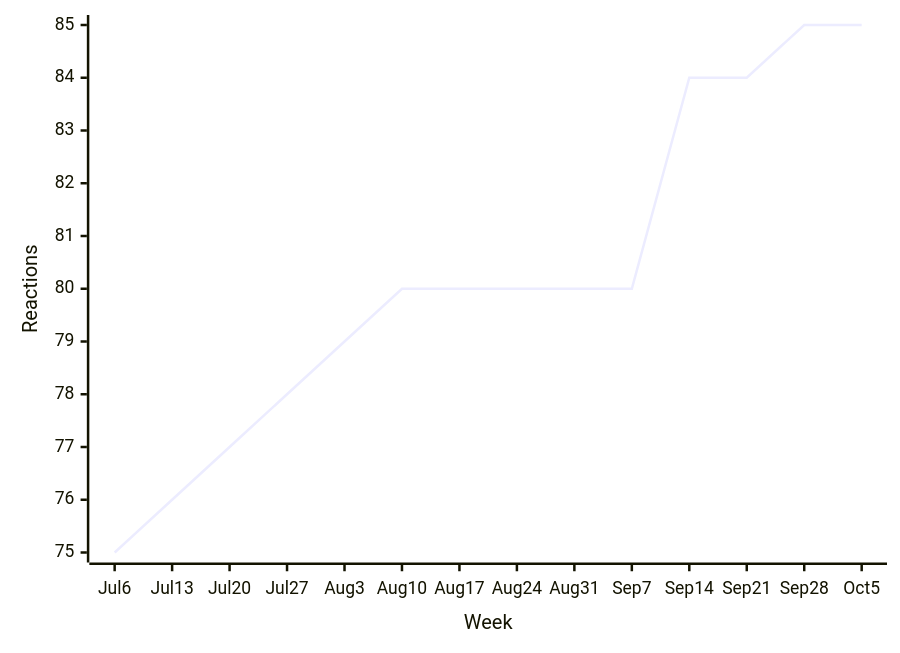
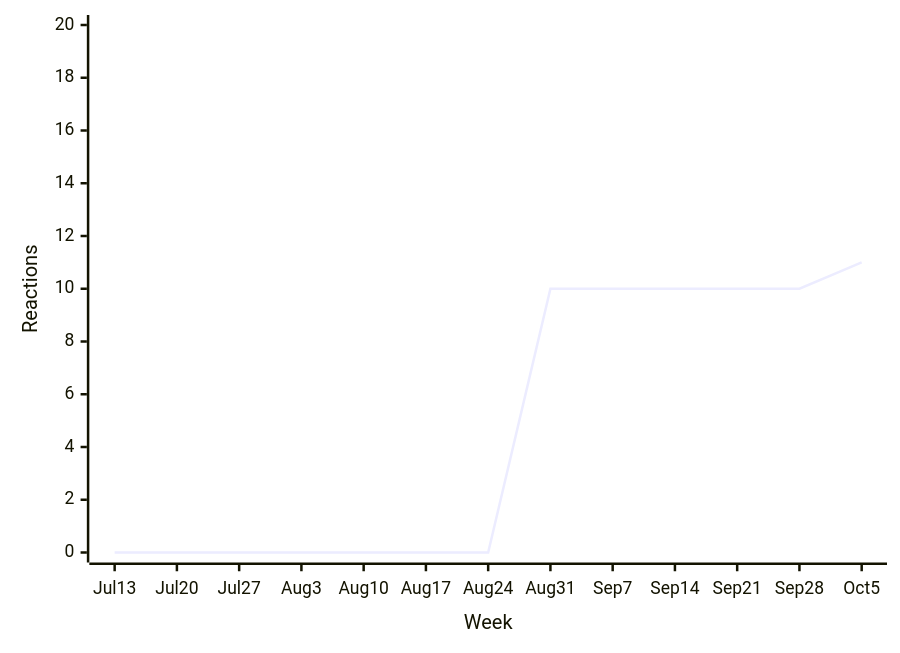
Diagram 12 of 34 in README.md (loic-sharma/github-insights), drawn with Mermaid before and after one commit. The commit also changed other lines of this file and 3 other files, not shown here.

````diff
--- a/README.md
+++ b/README.md
@@ -511,6 +511,6 @@
   ```mermaid
   xychart-beta
-    x-axis "Week" [Jul 6, Jul 13, Jul 20, Jul 27, Aug 3, Aug 10, Aug 17, Aug 24, Aug 31, Sep 7, Sep 14, Sep 21, Sep 28, Oct 5]
-    y-axis "Reactions"
-    line [75, 76, 77, 78, 79, 80, 80, 80, 80, 80, 84, 84, 85, 85]
+    x-axis "Week" [Jul 13, Jul 20, Jul 27, Aug 3, Aug 10, Aug 17, Aug 24, Aug 31, Sep 7, Sep 14, Sep 21, Sep 28, Oct 5]
+    y-axis "Reactions" 0 --> 20
+    line [0, 0, 0, 0, 0, 0, 0, 10, 10, 10, 10, 10, 11]
   ```
````
